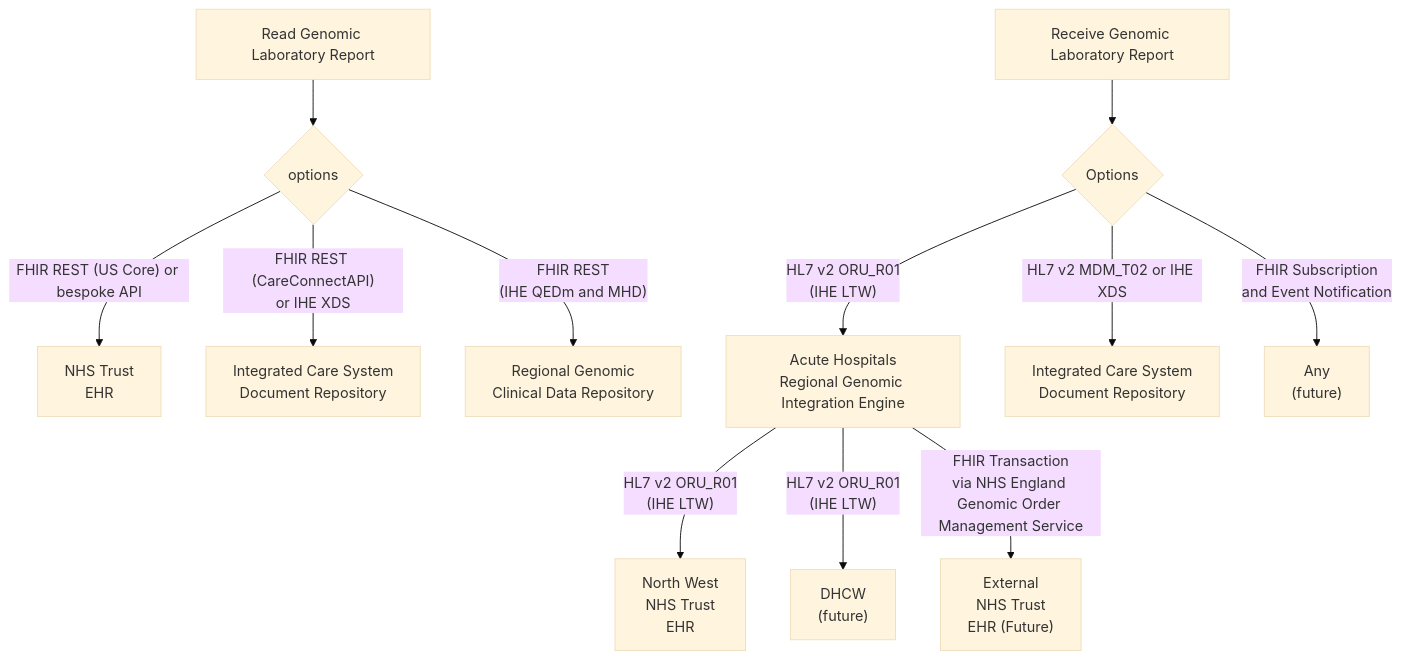
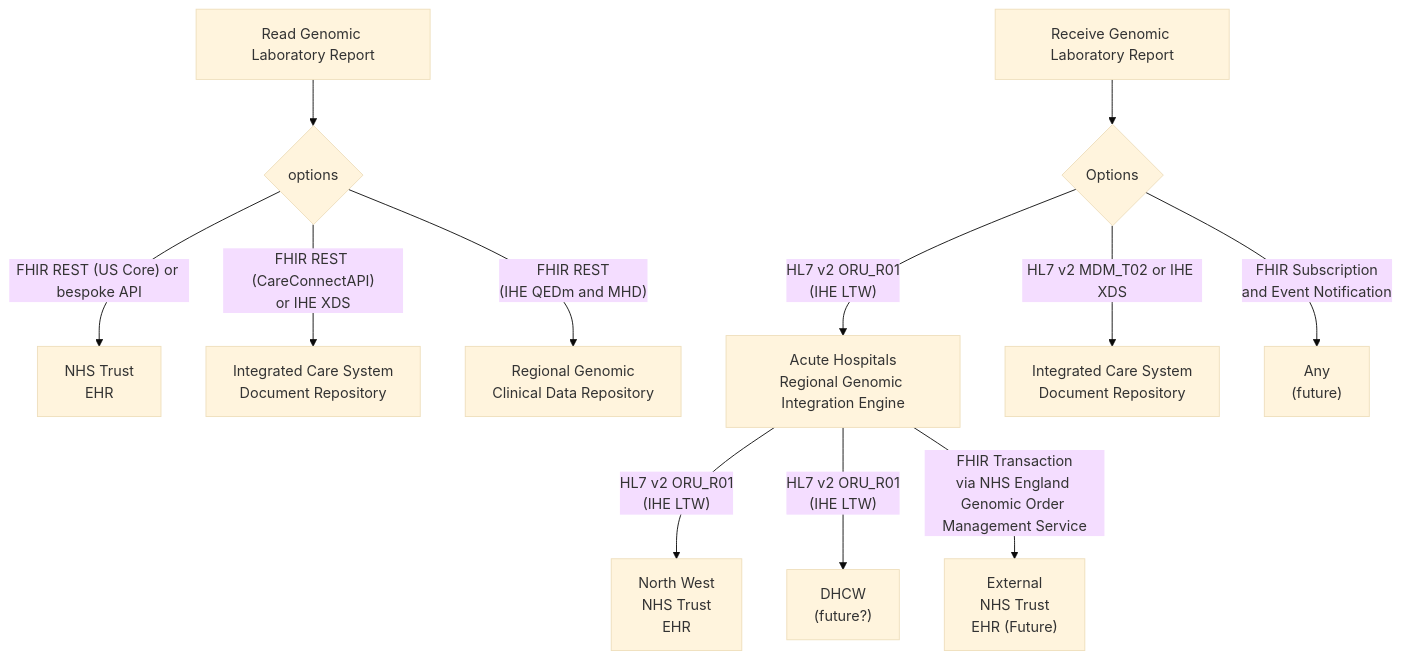
Before and after one commit to uk-gov-mirror/nw-gmsa.nw-gmsa.github.com: the second of 3 diagrams in input/pagecontent/index.md, drawn with Mermaid (base theme).

Commit message:
Genomic Test Order and Report Example Scenario

````diff
--- a/input/pagecontent/index.md
+++ b/input/pagecontent/index.md
@@ -61,15 +61,15 @@
 ```mermaid
 graph TD;
     Read[Read Genomic Laboratory Report]-->O
     O{options} --> |"FHIR REST (US Core) or bespoke API"| EHR[NHS Trust<br/>EHR] 
     O --> |"FHIR REST (CareConnectAPI)<br/>or IHE XDS"| ICS[Integrated Care System <br/> Document Repository]
     O --> |"FHIR REST<br/>(IHE QEDm and MHD)"| CDR[Regional Genomic<br/> Clinical Data Repository]
 
     Receive[Receive Genomic Laboratory Report] --> OR{Options}
     OR --> |"HL7 v2 ORU_R01<br/>(IHE LTW)"| RIE[Acute Hospitals<br/>Regional Genomic Integration Engine] 
     RIE--> |"HL7 v2 ORU_R01<br/>(IHE LTW)"| EHRTIE[North West<br/>NHS Trust<br/>EHR] 
-    RIE--> |"HL7 v2 ORU_R01<br/>(IHE LTW)"| BOARD["DHCW<br/>(future)"]
+    RIE--> |"HL7 v2 ORU_R01<br/>(IHE LTW)"| BOARD["DHCW<br/>(future?)"]
     RIE --> |"FHIR Transaction<br/>via NHS England Genomic Order Management Service"| GOMS["External<br/>NHS Trust<br/>EHR (Future)"] 
     OR --> |HL7 v2 MDM_T02 or IHE XDS| ICSTIE[Integrated Care System <br/> Document Repository]
     OR --> |FHIR Subscription <br/> and Event Notification| Any["Any <br/>(future)"]
 ```
````
